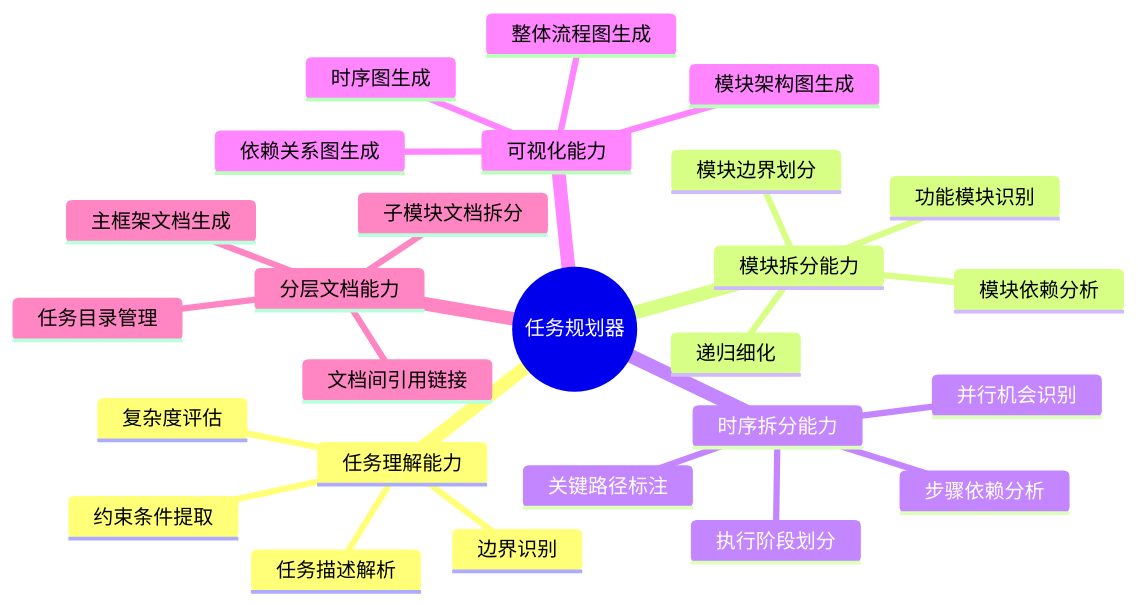
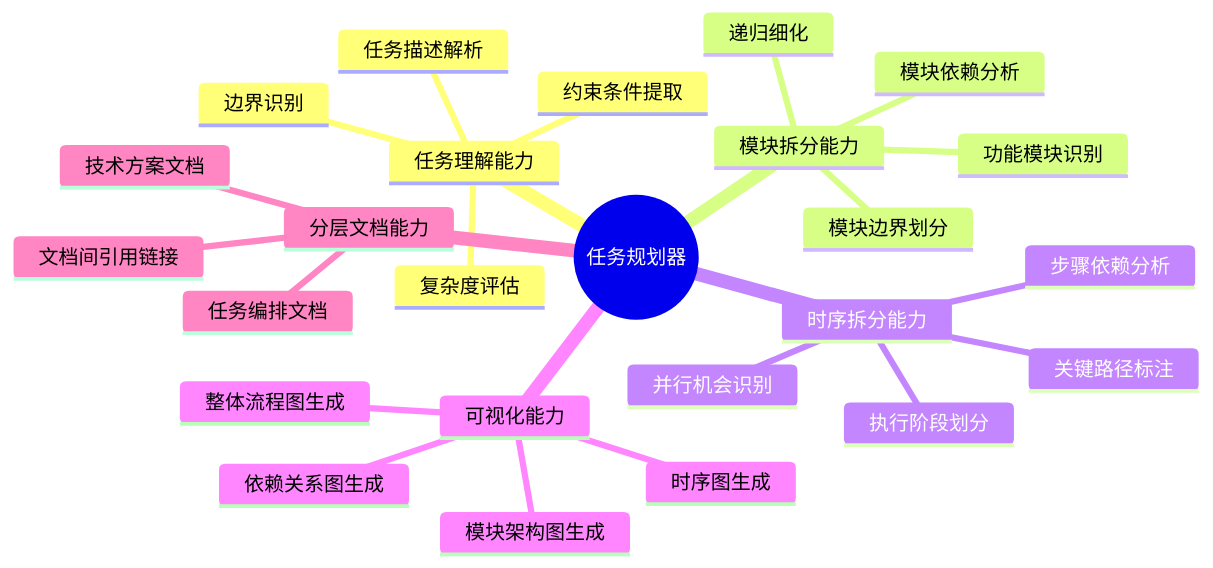
Before and after one commit to JIA-ss/agents: the second of 10 diagrams in agents/task-planner.md, drawn with Mermaid. The commit also changed other lines of this file, not shown here.

````diff
--- a/agents/task-planner.md
+++ b/agents/task-planner.md
@@ -24,29 +50,28 @@
 ```mermaid
 mindmap
   root((任务规划器))
     任务理解能力
       任务描述解析
       复杂度评估
       边界识别
       约束条件提取
     模块拆分能力
       功能模块识别
       模块边界划分
       模块依赖分析
       递归细化
     时序拆分能力
       执行阶段划分
       步骤依赖分析
       并行机会识别
       关键路径标注
     可视化能力
       整体流程图生成
       模块架构图生成
       时序图生成
       依赖关系图生成
     分层文档能力
-      主框架文档生成
-      子模块文档拆分
-      任务目录管理
+      技术方案文档
+      任务编排文档
       文档间引用链接
 ```
````
